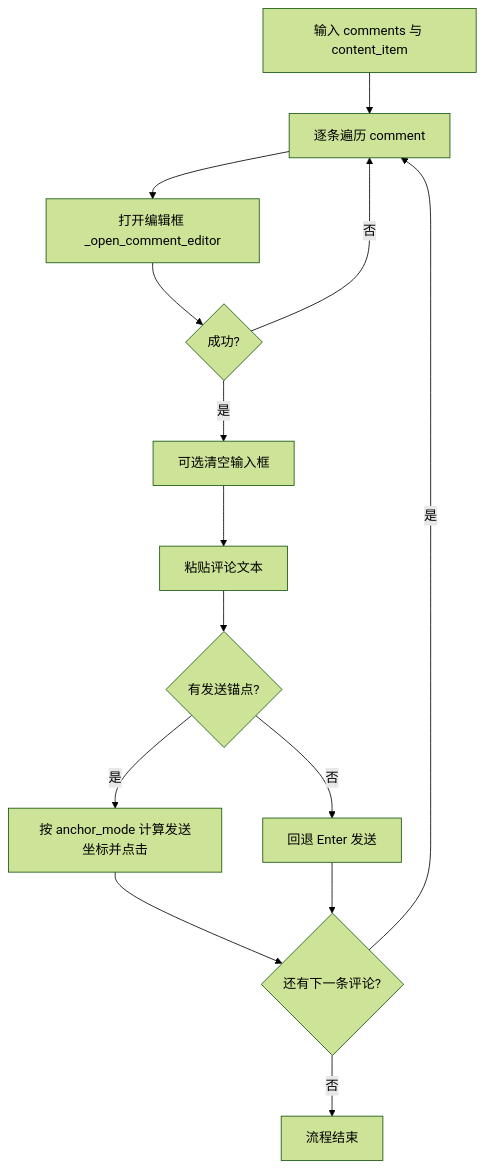
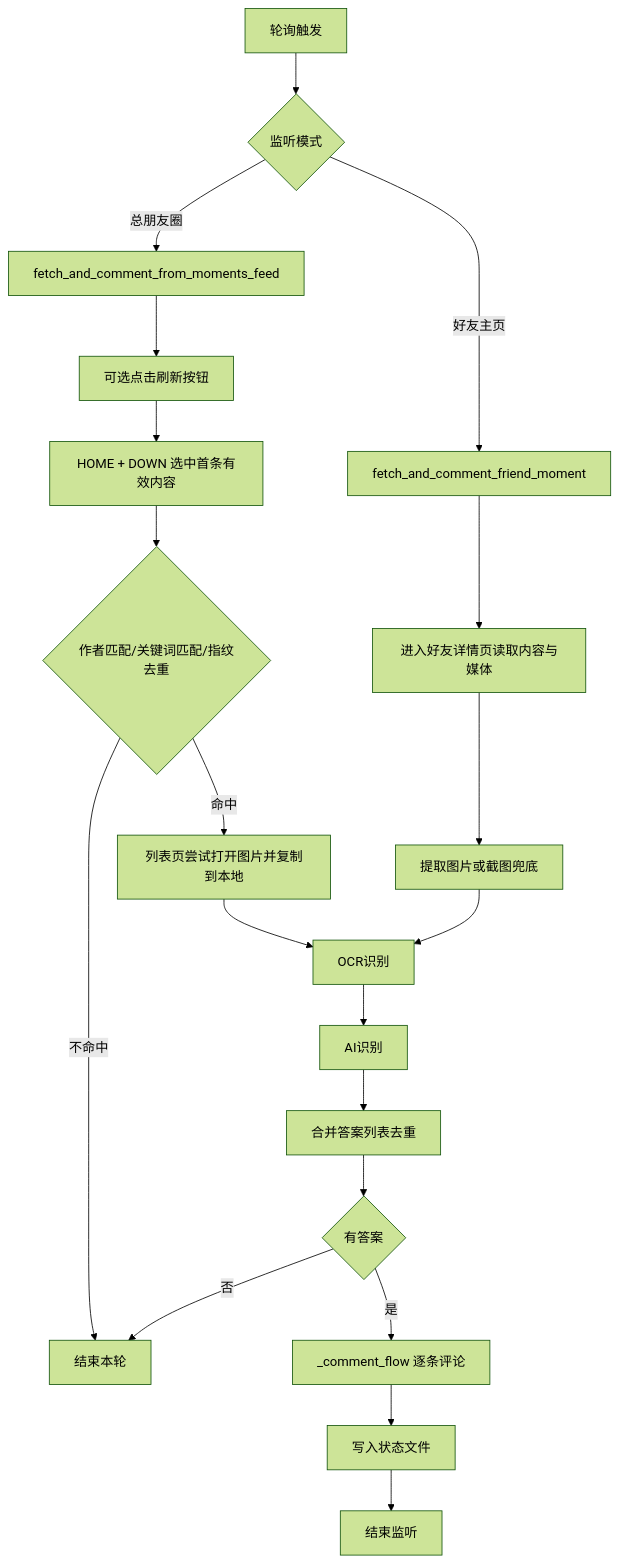
Before and after one commit to ImViper/pywechat: the diagram in docs/implementation_guide.md, drawn with Mermaid (forest theme). The commit also changed other lines of this file and 7 other files, not shown here.

Commit message:
feat: stabilize moments listener flow and docs

````diff
--- a/docs/implementation_guide.md
+++ b/docs/implementation_guide.md
@@ -176,16 +36,25 @@
 ```mermaid
 flowchart TD
-    A[输入 comments 与 content_item] --> B[逐条遍历 comment]
-    B --> C[打开编辑框 _open_comment_editor]
-    C --> D{成功?}
-    D -- 否 --> B
-    D -- 是 --> E[可选清空输入框]
-    E --> F[粘贴评论文本]
-    F --> G{有发送锚点?}
-    G -- 是 --> H[按 anchor_mode 计算发送坐标并点击]
-    G -- 否 --> I[回退 Enter 发送]
-    H --> J{还有下一条评论?}
-    I --> J
-    J -- 是 --> B
-    J -- 否 --> K[流程结束]
+    A[轮询触发] --> B{监听模式}
+    B -->|好友主页| C[fetch_and_comment_friend_moment]
+    B -->|总朋友圈| D[fetch_and_comment_from_moments_feed]
+
+    D --> E[可选点击刷新按钮]
+    E --> F[HOME + DOWN 选中首条有效内容]
+    F --> G{作者匹配/关键词匹配/指纹去重}
+    G -->|不命中| Z1[结束本轮]
+    G -->|命中| H[列表页尝试打开图片并复制到本地]
+
+    C --> I[进入好友详情页读取内容与媒体]
+    I --> J[提取图片或截图兜底]
+
+    H --> K[OCR识别]
+    J --> K
+    K --> L[AI识别]
+    L --> M[合并答案列表去重]
+    M --> N{有答案}
+    N -->|否| Z1
+    N -->|是| O[_comment_flow 逐条评论]
+    O --> P[写入状态文件]
+    P --> Z2[结束监听]
 ```
````
